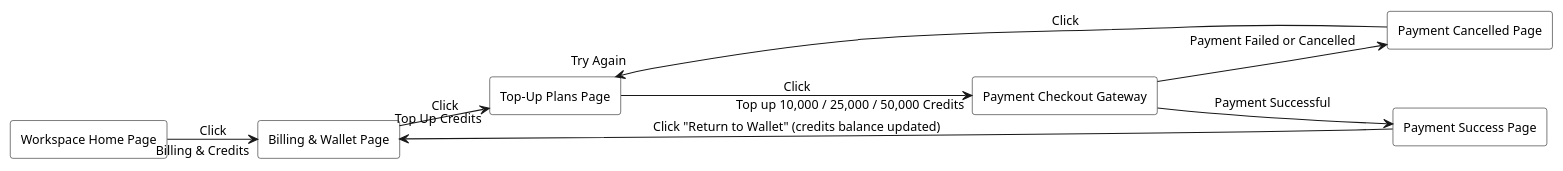
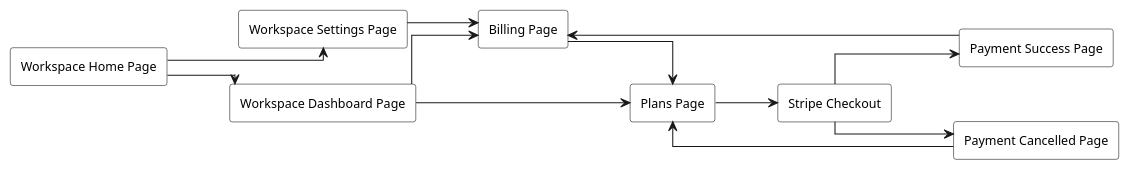
Before and after one commit to WarpTalk-CapstoneProject/warptalk-backend: the diagram in .agents/resources/screen flow/billing/03-credit-topup-screen-flow.puml, drawn with PlantUML. The commit also changed 186 other files, not shown here.

Commit message:
docs: finalize sequence diagrams, class diagrams, specs and postman assets

```diff
--- a/.agents/resources/screen flow/billing/03-credit-topup-screen-flow.puml
+++ b/.agents/resources/screen flow/billing/03-credit-topup-screen-flow.puml
@@ -1,33 +1,44 @@
 @startuml
 skinparam monochrome true
 skinparam shadowing false
+skinparam linetype ortho
 skinparam defaultFontName Arial
 skinparam defaultFontSize 12
 skinparam rectangle {
   BackgroundColor white
   BorderColor black
 }
 left to right direction
 
 ' Screen Nodes
 rectangle "Workspace Home Page" as WorkspaceHome
-rectangle "Billing & Wallet Page" as BillingWalletPage
-rectangle "Top-Up Plans Page" as TopUpPlansPage
-rectangle "Payment Checkout Gateway" as CheckoutGateway
+rectangle "Workspace Dashboard Page" as WorkspaceDashboardPage
+rectangle "Workspace Settings Page" as WorkspaceSettingsPage
+rectangle "Billing Page" as BillingPage
+rectangle "Plans Page" as PlansPage
+rectangle "Stripe Checkout" as StripeCheckout
 rectangle "Payment Success Page" as PaymentSuccessPage
 rectangle "Payment Cancelled Page" as PaymentCancelledPage
 
-' Flow: Accessing Credit Top Up
-WorkspaceHome --> BillingWalletPage : Click "Billing & Credits"
-BillingWalletPage --> TopUpPlansPage : Click "Top Up Credits"
+' Flow: Accessing Dashboard & Settings from Home
+WorkspaceHome --> WorkspaceDashboardPage
+WorkspaceHome --> WorkspaceSettingsPage
+WorkspaceSettingsPage --> BillingPage
 
-' Flow: Credit Package Selection & Payment
-TopUpPlansPage --> CheckoutGateway : Click "Top up 10,000 / 25,000 / 50,000 Credits"
-CheckoutGateway --> PaymentSuccessPage : Payment Successful
-CheckoutGateway --> PaymentCancelledPage : Payment Failed or Cancelled
+' Flow: Credit Tracking & Navigation from Dashboard
+WorkspaceDashboardPage --> BillingPage
+WorkspaceDashboardPage --> PlansPage
 
-' Flow: Return & Balance Synchronization
-PaymentSuccessPage --> BillingWalletPage : Click "Return to Wallet" (credits balance updated)
-PaymentCancelledPage --> TopUpPlansPage : Click "Try Again"
+' Views & Actions inside Billing Page
+BillingPage --> PlansPage
+
+' Checkout & Payment Gateway Flow
+PlansPage --> StripeCheckout
+StripeCheckout --> PaymentSuccessPage
+StripeCheckout --> PaymentCancelledPage
+
+' Return flows back to Billing Page / Plans Page
+PaymentSuccessPage --> BillingPage
+PaymentCancelledPage --> PlansPage
 
 @enduml
```
